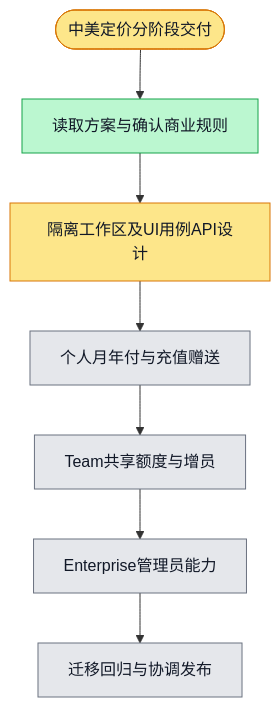
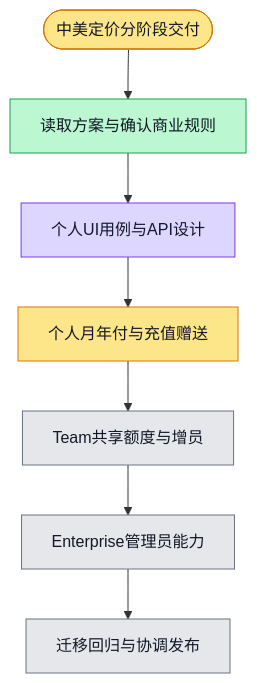
The diagram in docs/superpowers/plans/2026-11-01-cn-us-pricing-stages.md (boardx/workspacex), drawn with Mermaid before and after one commit. The commit also changed 15 other files, not shown here.

````diff
--- a/docs/superpowers/plans/2026-11-01-cn-us-pricing-stages.md
+++ b/docs/superpowers/plans/2026-11-01-cn-us-pricing-stages.md
@@ -82,23 +82,24 @@
 ```mermaid
 flowchart TD
   G([中美定价分阶段交付])
   S1[读取方案与确认商业规则]
-  S2[隔离工作区及UI用例API设计]
+  S2[个人UI用例与API设计]
   S3[个人月年付与充值赠送]
   S4[Team共享额度与增员]
   S5[Enterprise管理员能力]
   S6[迁移回归与协调发布]
   G --> S1 --> S2 --> S3 --> S4 --> S5 --> S6
   classDef todo fill:#e5e7eb,stroke:#6b7280,color:#111827
   classDef doing fill:#fde68a,stroke:#d97706,color:#111827
   classDef done fill:#bbf7d0,stroke:#16a34a,color:#111827
   classDef tested fill:#ddd6fe,stroke:#7c3aed,color:#111827
   classDef blocked fill:#fecaca,stroke:#dc2626,color:#111827
   class G doing
   class S1 done
-  class S2 doing
-  class S3 todo
+  class S2 tested
+  %% evidence S2: UI已确认；个人用例/API用户已确认；schema7项及contracts1247项通过，证据见personal-pricing-v1/evidence
+  class S3 doing
   class S4 todo
   class S5 todo
   class S6 todo
 ```
````
